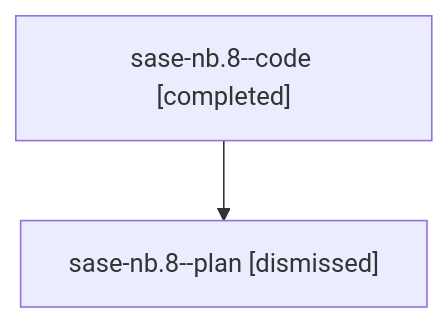
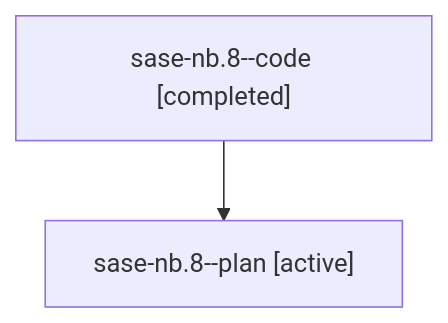
Before and after one commit to sase-org/sase--agents: the diagram in families/bbugyi200.athena.sase-nb.8.md, drawn with Mermaid. The commit also changed other lines of this file and 35830 other files, not shown here.

````diff
--- a/families/bbugyi200.athena.sase-nb.8.md
+++ b/families/bbugyi200.athena.sase-nb.8.md
@@ -9,6 +9,6 @@
 ```mermaid
 flowchart TD
   n0["sase-nb.8--code [completed]"]
-  n1["sase-nb.8--plan [dismissed]"]
+  n1["sase-nb.8--plan [active]"]
   n0 --> n1
 ```
````
